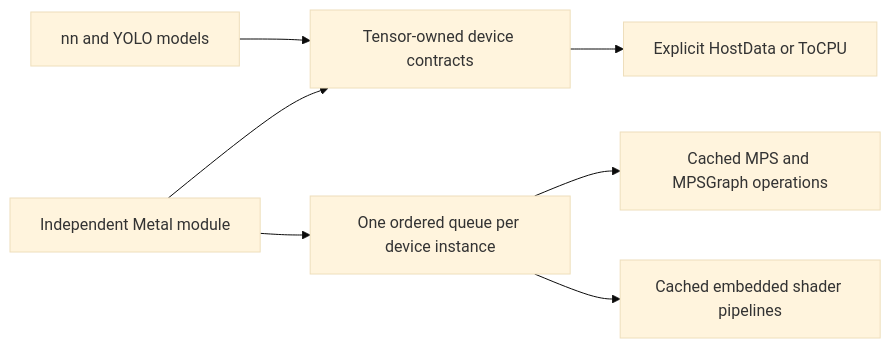
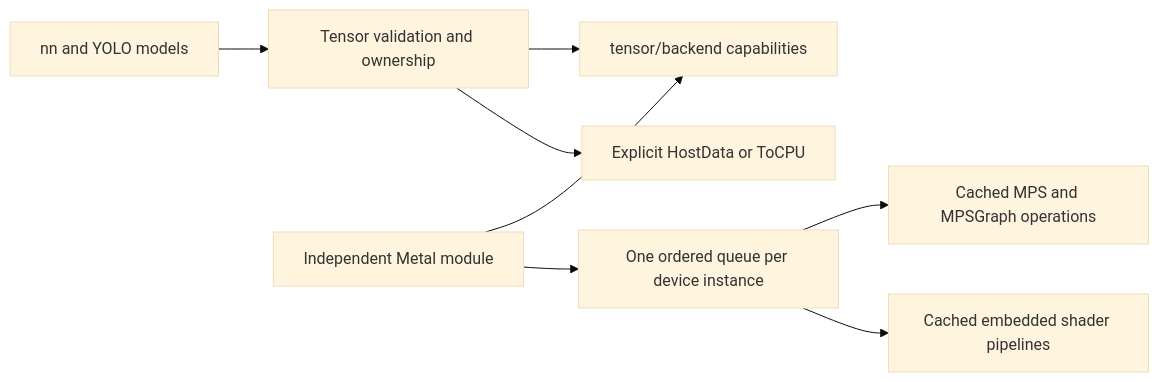
One commit to bpradana/goml changed the diagram in contrib/backend/metal/README.md. Above: the diagram before and after it, drawn with Mermaid (base theme). The commit also changed other lines of this file and 21 other files, not shown here.

````diff
--- a/contrib/backend/metal/README.md
+++ b/contrib/backend/metal/README.md
@@ -120,9 +120,10 @@
 ```mermaid
 flowchart LR
-    Models["nn and YOLO models"] --> Tensor["Tensor-owned device contracts"]
-    Metal["Independent Metal module"] --> Tensor
+    Models["nn and YOLO models"] --> Tensor["Tensor validation and ownership"]
+    Tensor --> Contract["tensor/backend capabilities"]
+    Metal["Independent Metal module"] --> Contract
     Metal --> Queue["One ordered queue per device instance"]
     Queue --> MPS["Cached MPS and MPSGraph operations"]
     Queue --> Shaders["Cached embedded shader pipelines"]
     Tensor --> Download["Explicit HostData or ToCPU"]
 ```
````
